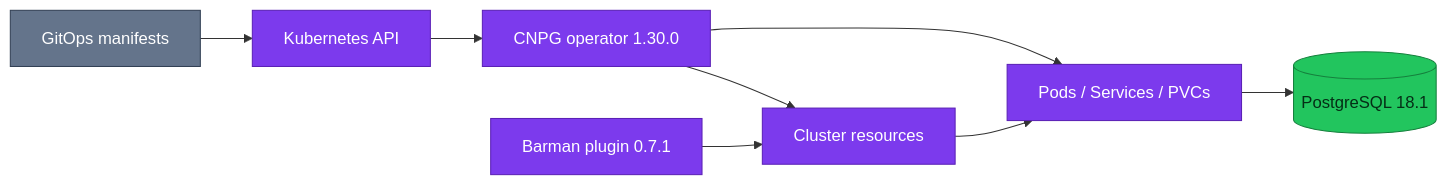
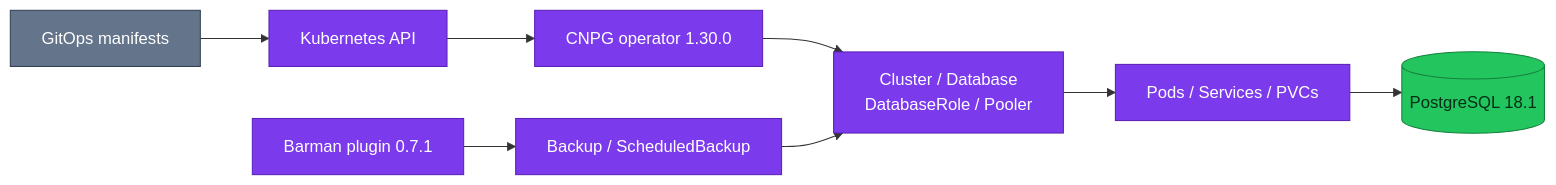
The diagram in docs/databases/cloudnativepg.md (duynhlab/homelab), drawn with Mermaid before and after one commit. The commit also changed other lines of this file and 50 other files, not shown here.

````diff
--- a/docs/databases/cloudnativepg.md
+++ b/docs/databases/cloudnativepg.md
@@ -22,17 +21,17 @@
 ```mermaid
 flowchart LR
     Git["GitOps manifests"] --> API["Kubernetes API"]
     API --> Operator["CNPG operator 1.30.0"]
-    Operator --> Cluster["Cluster resources"]
-    Operator --> Lifecycle["Pods / Services / PVCs"]
-    Cluster --> Lifecycle
-    Lifecycle --> PG[("PostgreSQL 18.1")]
-    Plugin["Barman plugin 0.7.1"] --> Cluster
+    Operator --> CRs["Cluster / Database<br/>DatabaseRole / Pooler"]
+    CRs --> Runtime["Pods / Services / PVCs"]
+    Runtime --> PG[("PostgreSQL 18.1")]
+    Barman["Barman plugin 0.7.1"] --> Backup["Backup / ScheduledBackup"]
+    Backup --> CRs
 
     classDef platform fill:#7c3aed,color:#fff,stroke:#5b21b6;
     classDef data fill:#22c55e,color:#052e16,stroke:#15803d;
     classDef external fill:#64748b,color:#fff,stroke:#334155;
     class Git external;
-    class API,Operator,Cluster,Lifecycle,Plugin platform;
+    class API,Operator,CRs,Runtime,Barman,Backup platform;
     class PG data;
 ```
````
